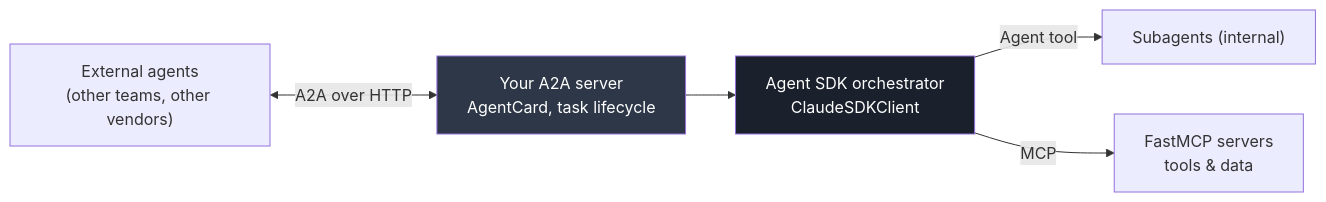
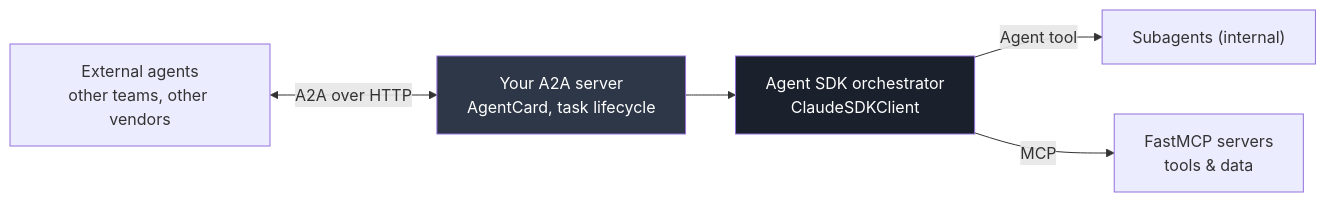
Diagram 17 of 17 in SDK_DEEPDIVE.md (anjijava16/claude-certified-architect), drawn with Mermaid before and after one commit. The commit also changed other lines of this file, not shown here.

````diff
--- a/SDK_DEEPDIVE.md
+++ b/SDK_DEEPDIVE.md
@@ -1551,9 +2336,9 @@
 ```mermaid
 graph LR
-    EXT["External agents<br/>(other teams, other vendors)"] <-->|A2A over HTTP| GW["Your A2A server<br/>AgentCard, task lifecycle"]
+    EXT["External agents<br/>other teams, other vendors"] <-->|A2A over HTTP| GW["Your A2A server<br/>AgentCard, task lifecycle"]
     GW --> ORCH["Agent SDK orchestrator<br/>ClaudeSDKClient"]
     ORCH -->|Agent tool| SUB["Subagents (internal)"]
     ORCH -->|MCP| TOOLS["FastMCP servers<br/>tools & data"]
     style GW fill:#2d3748,color:#fff
     style ORCH fill:#1a202c,color:#fff
 ```
````
